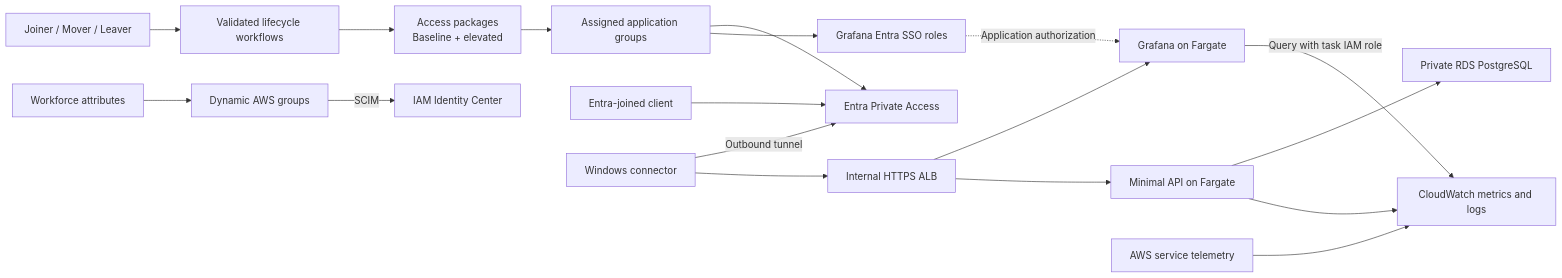
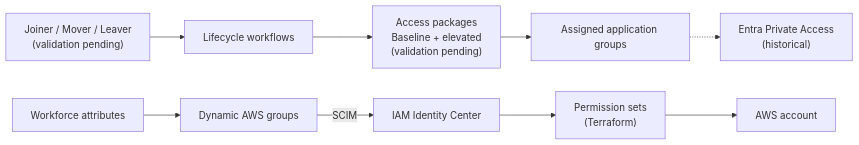
Before and after one commit to sindredg/cross-cloud-entra-aws: the diagram in README.md, drawn with Mermaid. The commit also changed other lines of this file and 15 other files, not shown here.

Commit message:
docs: adjust docs and narrow scope to access packages and JML validation (#8)

````diff
--- a/README.md
+++ b/README.md
@@ -20,20 +26,11 @@
 ```mermaid
 flowchart LR
-    Personas["Joiner / Mover / Leaver"] --> Lifecycle["Validated lifecycle workflows"]
-    Lifecycle --> Packages["Access packages<br/>Baseline + elevated"]
+    Personas["Joiner / Mover / Leaver<br/>(validation pending)"] --> Lifecycle["Lifecycle workflows"]
+    Lifecycle --> Packages["Access packages<br/>Baseline + elevated<br/>(validation pending)"]
     Packages --> AppGroups["Assigned application groups"]
-    AppGroups --> PA["Entra Private Access"]
-    AppGroups --> SSO["Grafana Entra SSO roles"]
     Attributes["Workforce attributes"] --> AWSGroups["Dynamic AWS groups"]
     AWSGroups -->|"SCIM"| IC["IAM Identity Center"]
-    Client["Entra-joined client"] --> PA
-    Connector["Windows connector"] -->|"Outbound tunnel"| PA
-    Connector --> ALB["Internal HTTPS ALB"]
-    ALB --> Grafana["Grafana on Fargate"]
-    ALB --> API["Minimal API on Fargate"]
-    SSO -. "Application authorization" .-> Grafana
-    API --> RDS["Private RDS PostgreSQL"]
-    API --> CW["CloudWatch metrics and logs"]
-    AWS["AWS service telemetry"] --> CW
-    Grafana -->|"Query with task IAM role"| CW
+    IC --> PermSets["Permission sets<br/>(Terraform)"]
+    PermSets --> Account["AWS account"]
+    AppGroups -.-> PA["Entra Private Access<br/>(historical)"]
 ```
````
